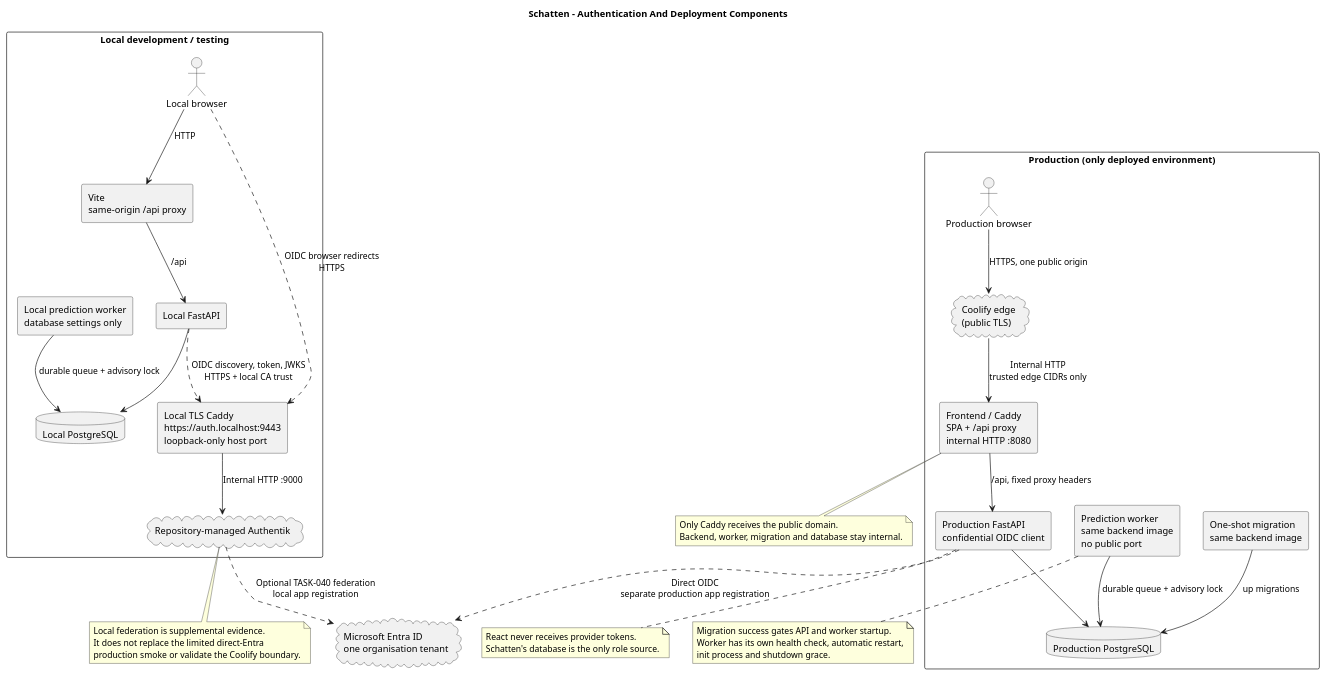
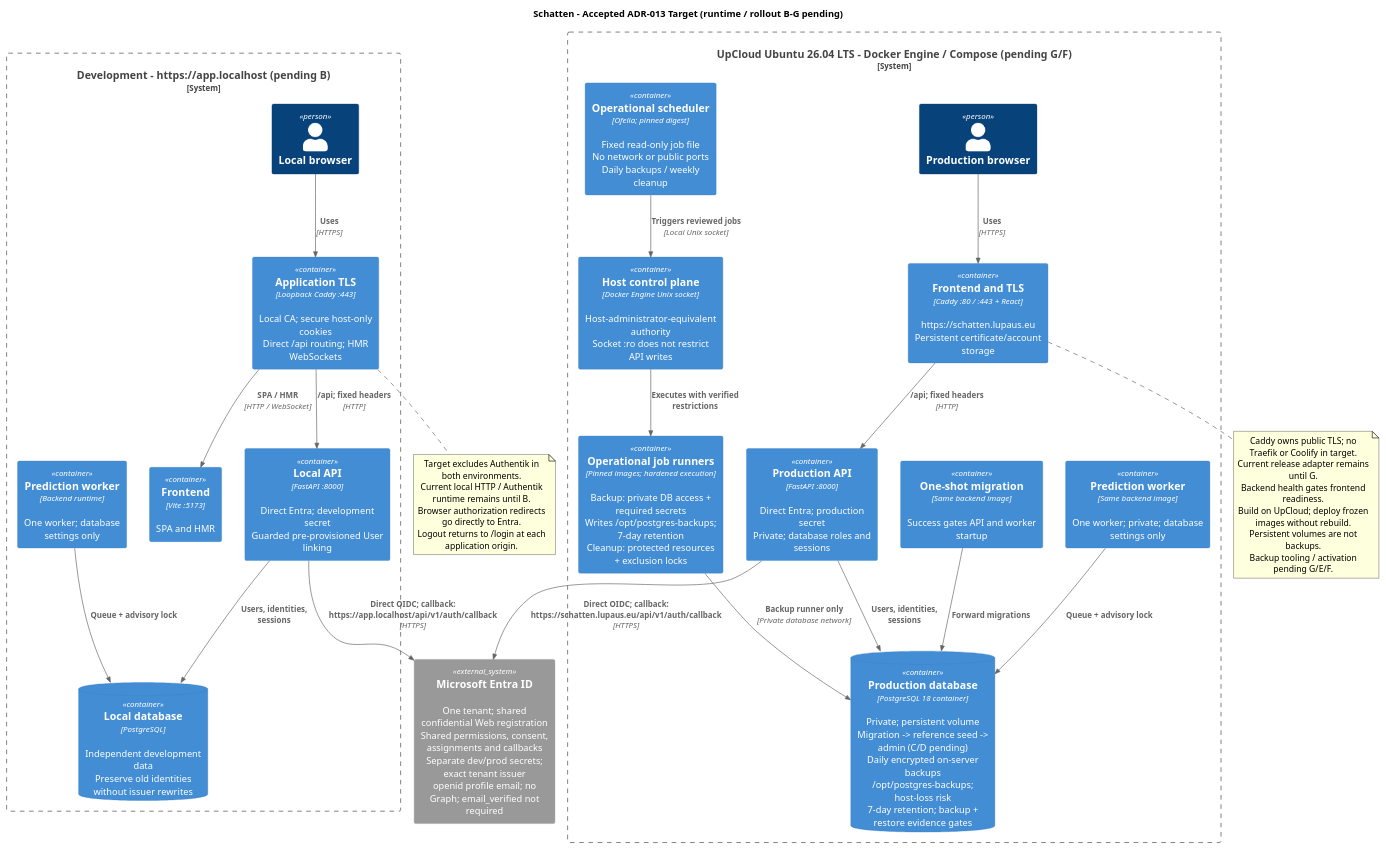
One commit to lupaus-eu/shadow changed the diagram in docs/diagrams/component-authentication-topology.puml. Above: the diagram before and after it, drawn with PlantUML. The commit also changed 26 other files, not shown here.

First line of the commit message:
docs(deployment): shared entra local https architecture (#81)

```diff
--- a/docs/diagrams/component-authentication-topology.puml
+++ b/docs/diagrams/component-authentication-topology.puml
@@ -1,69 +1,61 @@
 @startuml
-title Schatten - Authentication And Deployment Components
+!include <C4/C4_Container>
+title Schatten - Accepted ADR-013 Target (runtime / rollout B-G pending)
 
-skinparam componentStyle rectangle
-skinparam shadowing false
+System_Ext(entra, "Microsoft Entra ID", "One tenant; shared confidential Web registration\nShared permissions, consent, assignments and callbacks\nSeparate dev/prod secrets; exact tenant issuer\nopenid profile email; no Graph; email_verified not required")
 
-cloud "Microsoft Entra ID\none organisation tenant" as entra
+System_Boundary(local, "Development - https://app.localhost (pending B)") {
+  Person(local_browser, "Local browser")
+  Container(app_tls, "Application TLS", "Loopback Caddy :443", "Local CA; secure host-only cookies\nDirect /api routing; HMR WebSockets")
+  Container(vite, "Frontend", "Vite :5173", "SPA and HMR")
+  Container(local_api, "Local API", "FastAPI :8000", "Direct Entra; development secret\nGuarded pre-provisioned User linking")
+  Container(local_worker, "Prediction worker", "Backend runtime", "One worker; database settings only")
+  ContainerDb(local_db, "Local database", "PostgreSQL", "Independent development data\nPreserve old identities without issuer rewrites")
 
-rectangle "Local development / testing" {
-  actor "Local browser" as local_browser
-  component "Vite\nsame-origin /api proxy" as vite
-  component "Local FastAPI" as local_api
-  component "Local prediction worker\ndatabase settings only" as local_worker
-  database "Local PostgreSQL" as local_db
-  component "Local TLS Caddy\nhttps://auth.localhost:9443\nloopback-only host port" as local_tls
-  cloud "Repository-managed Authentik" as authentik
-
-  local_browser --> vite : HTTP
-  vite --> local_api : /api
-  local_api --> local_db
-  local_worker --> local_db : durable queue + advisory lock
-  local_browser ..> local_tls : OIDC browser redirects\nHTTPS
-  local_api ..> local_tls : OIDC discovery, token, JWKS\nHTTPS + local CA trust
-  local_tls --> authentik : Internal HTTP :9000
+  Rel(local_browser, app_tls, "Uses", "HTTPS")
+  Rel(app_tls, vite, "SPA / HMR", "HTTP / WebSocket")
+  Rel(app_tls, local_api, "/api; fixed headers", "HTTP")
+  Rel(local_api, local_db, "Users, identities, sessions")
+  Rel(local_worker, local_db, "Queue + advisory lock")
 }
 
-rectangle "Production (only deployed environment)" {
-  actor "Production browser" as prod_browser
-  cloud "Coolify edge\n(public TLS)" as edge
-  component "Frontend / Caddy\nSPA + /api proxy\ninternal HTTP :8080" as caddy
-  component "Production FastAPI\nconfidential OIDC client" as prod_api
-  component "Prediction worker\nsame backend image\nno public port" as prod_worker
-  component "One-shot migration\nsame backend image" as migration
-  database "Production PostgreSQL" as prod_db
+System_Boundary(prod, "UpCloud Ubuntu 26.04 LTS - Docker Engine / Compose (pending G/F)") {
+  Person(prod_browser, "Production browser")
+  Container(caddy, "Frontend and TLS", "Caddy :80 / :443 + React", "https://schatten.lupaus.eu\nPersistent certificate/account storage")
+  Container(prod_api, "Production API", "FastAPI :8000", "Direct Entra; production secret\nPrivate; database roles and sessions")
+  Container(prod_worker, "Prediction worker", "Same backend image", "One worker; private; database settings only")
+  Container(migration, "One-shot migration", "Same backend image", "Success gates API and worker startup")
+  Container(ofelia, "Operational scheduler", "Ofelia; pinned digest", "Fixed read-only job file\nNo network or public ports\nDaily backups / weekly cleanup")
+  Container(docker_api, "Host control plane", "Docker Engine Unix socket", "Host-administrator-equivalent authority\nSocket :ro does not restrict API writes")
+  Container(ops_jobs, "Operational job runners", "Pinned images; hardened execution", "Backup: private DB access + required secrets\nWrites /opt/postgres-backups; 7-day retention\nCleanup: protected resources + exclusion locks")
+  ContainerDb(prod_db, "Production database", "PostgreSQL 18 container", "Private; persistent volume\nMigration -> reference seed -> admin (C/D pending)\nDaily encrypted on-server backups\n/opt/postgres-backups; host-loss risk\n7-day retention; backup + restore evidence gates")
 
-  prod_browser --> edge : HTTPS, one public origin
-  edge --> caddy : Internal HTTP\ntrusted edge CIDRs only
-  caddy --> prod_api : /api, fixed proxy headers
-  prod_api --> prod_db
-  prod_worker --> prod_db : durable queue + advisory lock
-  migration --> prod_db : up migrations
+  Rel(prod_browser, caddy, "Uses", "HTTPS")
+  Rel(caddy, prod_api, "/api; fixed headers", "HTTP")
+  Rel(prod_api, prod_db, "Users, identities, sessions")
+  Rel(prod_worker, prod_db, "Queue + advisory lock")
+  Rel(migration, prod_db, "Forward migrations")
+  Rel(ofelia, docker_api, "Triggers reviewed jobs", "Local Unix socket")
+  Rel(docker_api, ops_jobs, "Executes with verified restrictions")
+  Rel(ops_jobs, prod_db, "Backup runner only", "Private database network")
 }
 
-authentik ..> entra : Optional TASK-040 federation\nlocal app registration
-prod_api ..> entra : Direct OIDC\nseparate production app registration
+Rel(local_api, entra, "Direct OIDC; callback:\nhttps://app.localhost/api/v1/auth/callback", "HTTPS")
+Rel(prod_api, entra, "Direct OIDC; callback:\nhttps://schatten.lupaus.eu/api/v1/auth/callback", "HTTPS")
 
-note bottom of authentik
-  Local federation is supplemental evidence.
-  It does not replace the limited direct-Entra
-  production smoke or validate the Coolify boundary.
+note bottom of app_tls
+  Target excludes Authentik in both environments.
+  Current local HTTP / Authentik runtime remains until B.
+  Browser authorization redirects go directly to Entra.
+  Logout returns to /login at each application origin.
 end note
 
 note bottom of caddy
-  Only Caddy receives the public domain.
-  Backend, worker, migration and database stay internal.
+  Caddy owns public TLS; no Traefik or Coolify in target.
+  Current release adapter remains until G.
+  Backend health gates frontend readiness.
+  Build on UpCloud; deploy frozen images without rebuild.
+  Persistent volumes are not backups.
+  Backup tooling / activation pending G/E/F.
 end note
-
-note bottom of prod_worker
-  Migration success gates API and worker startup.
-  Worker has its own health check, automatic restart,
-  init process and shutdown grace.
-end note
-
-note bottom of prod_api
-  React never receives provider tokens.
-  Schatten's database is the only role source.
-end note
-
 @enduml
```
